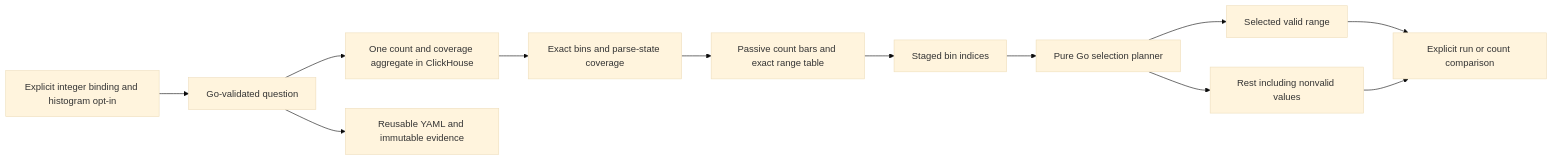
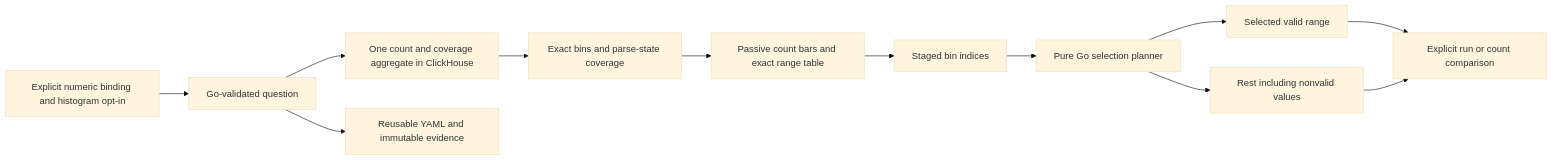
The diagram in docs/NUMERIC_HISTOGRAMS.md (casselc/goo), drawn with Mermaid (base theme) before and after one commit. The commit also changed other lines of this file and 29 other files, not shown here.

````diff
--- a/docs/NUMERIC_HISTOGRAMS.md
+++ b/docs/NUMERIC_HISTOGRAMS.md
@@ -49,14 +51,14 @@
 ```mermaid
 flowchart LR
-  B[Explicit integer binding and histogram opt-in] --> Q[Go-validated question]
+  B[Explicit numeric binding and histogram opt-in] --> Q[Go-validated question]
   Q --> C[One count and coverage aggregate in ClickHouse]
   C --> H[Exact bins and parse-state coverage]
   H --> V[Passive count bars and exact range table]
   V --> I[Staged bin indices]
   I --> P[Pure Go selection planner]
   P --> S[Selected valid range]
   P --> R[Rest including nonvalid values]
   S --> E[Explicit run or count comparison]
   R --> E
   Q --> Y[Reusable YAML and immutable evidence]
 ```
````
